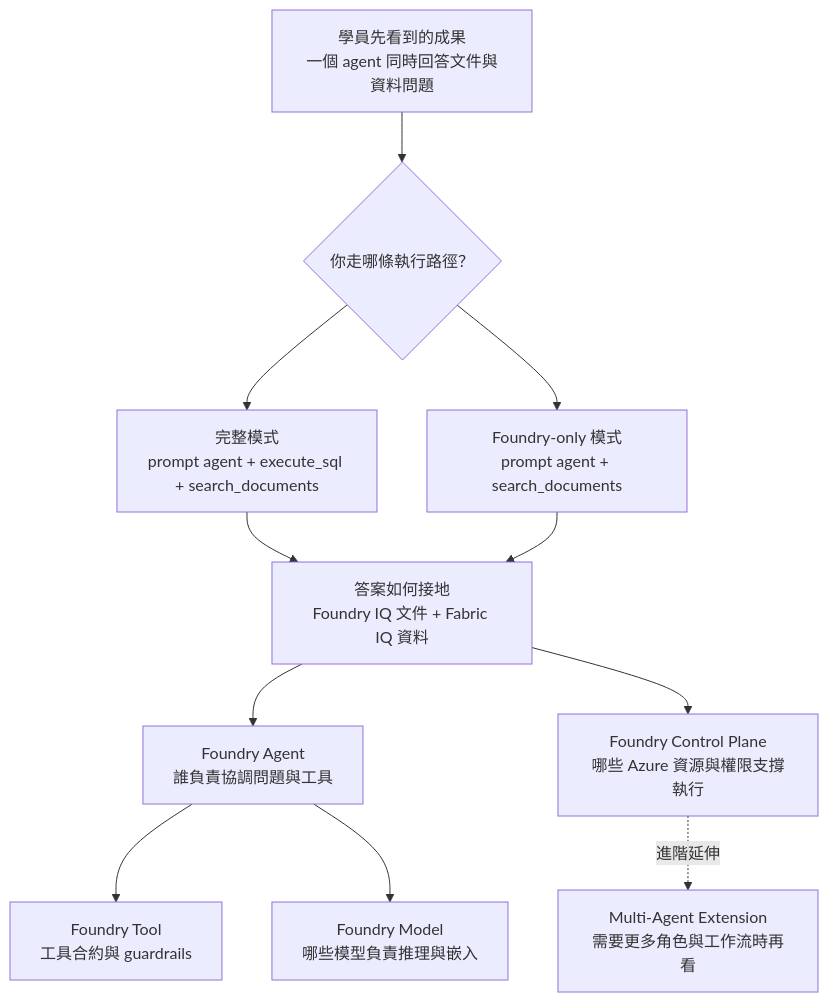
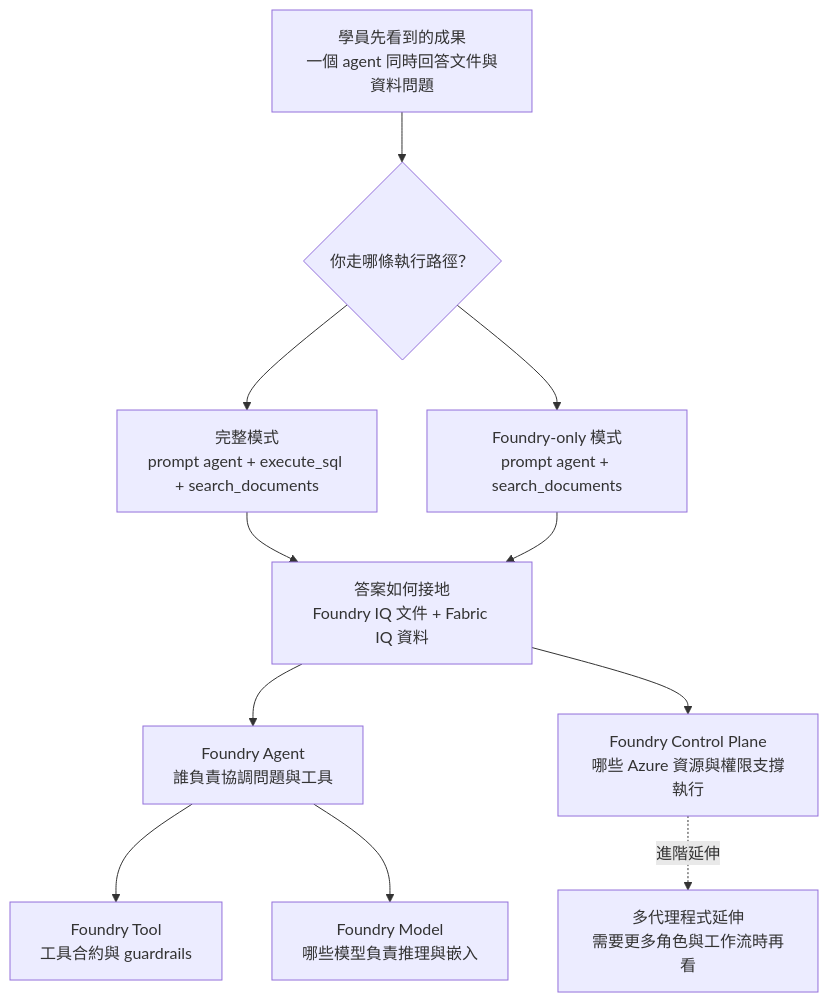
The diagram in workshop/docs/index.md (payton-chou-ms/e2e-ms-foundry-workshop), drawn with Mermaid before and after one commit. The commit also changed other lines of this file and 43 other files, not shown here.

````diff
--- a/workshop/docs/index.md
+++ b/workshop/docs/index.md
@@ -52,14 +52,14 @@
 ```mermaid
 flowchart TD
     U[學員先看到的成果\n一個 agent 同時回答文件與資料問題]
     U --> R{你走哪條執行路徑？}
     R --> F[完整模式\nprompt agent + execute_sql + search_documents]
     R --> S[Foundry-only 模式\nprompt agent + search_documents]
     F --> IQ[答案如何接地\nFoundry IQ 文件 + Fabric IQ 資料]
     S --> IQ
     IQ --> A[Foundry Agent\n誰負責協調問題與工具]
     A --> T[Foundry Tool\n工具合約與 guardrails]
     A --> M[Foundry Model\n哪些模型負責推理與嵌入]
     IQ --> C[Foundry Control Plane\n哪些 Azure 資源與權限支撐執行]
-    C -. 進階延伸 .-> MA[Multi-Agent Extension\n需要更多角色與工作流時再看]
+    C -. 進階延伸 .-> MA[多代理程式延伸\n需要更多角色與工作流時再看]
 ```
````
